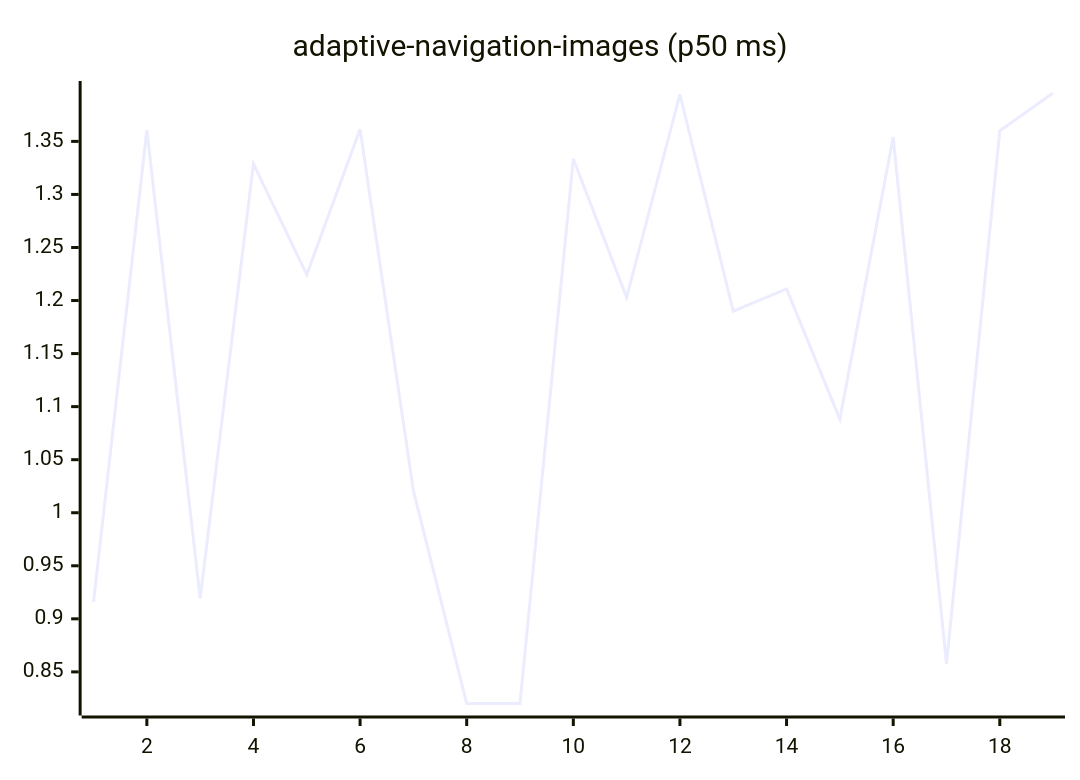
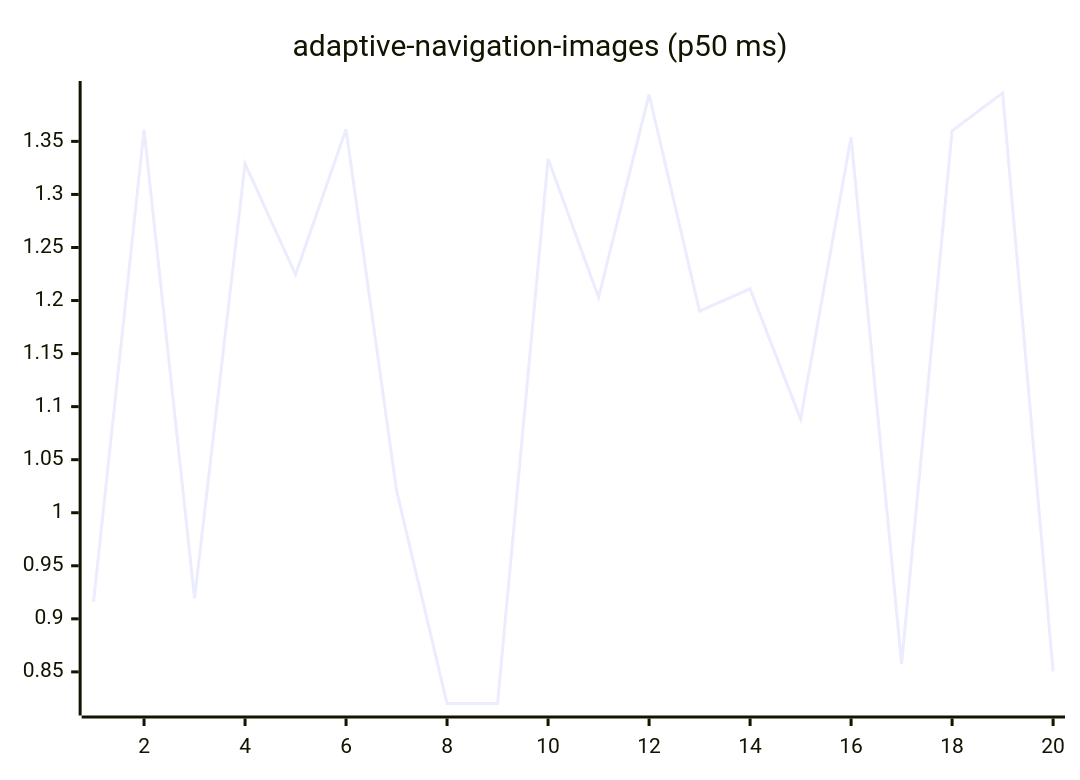
The first of 27 diagrams in README.md (josha/Facet), drawn with Mermaid before and after one commit. The commit also changed other lines of this file and 2 other files, not shown here.

````diff
--- a/README.md
+++ b/README.md
@@ -63,6 +63,6 @@
 ```mermaid
 xychart-beta
     title "adaptive-navigation-images (p50 ms)"
-    x-axis 1 --> 19
-    line [0.9159, 1.3609, 0.9193, 1.3288, 1.2245, 1.3615, 1.0208, 0.8202, 0.8203, 1.3336, 1.2030, 1.3942, 1.1900, 1.2110, 1.0882, 1.3541, 0.8576, 1.3599, 1.3956]
+    x-axis 1 --> 20
+    line [0.9159, 1.3609, 0.9193, 1.3288, 1.2245, 1.3615, 1.0208, 0.8202, 0.8203, 1.3336, 1.2030, 1.3942, 1.1900, 1.2110, 1.0882, 1.3541, 0.8576, 1.3599, 1.3956, 0.8504]
 ```
````
